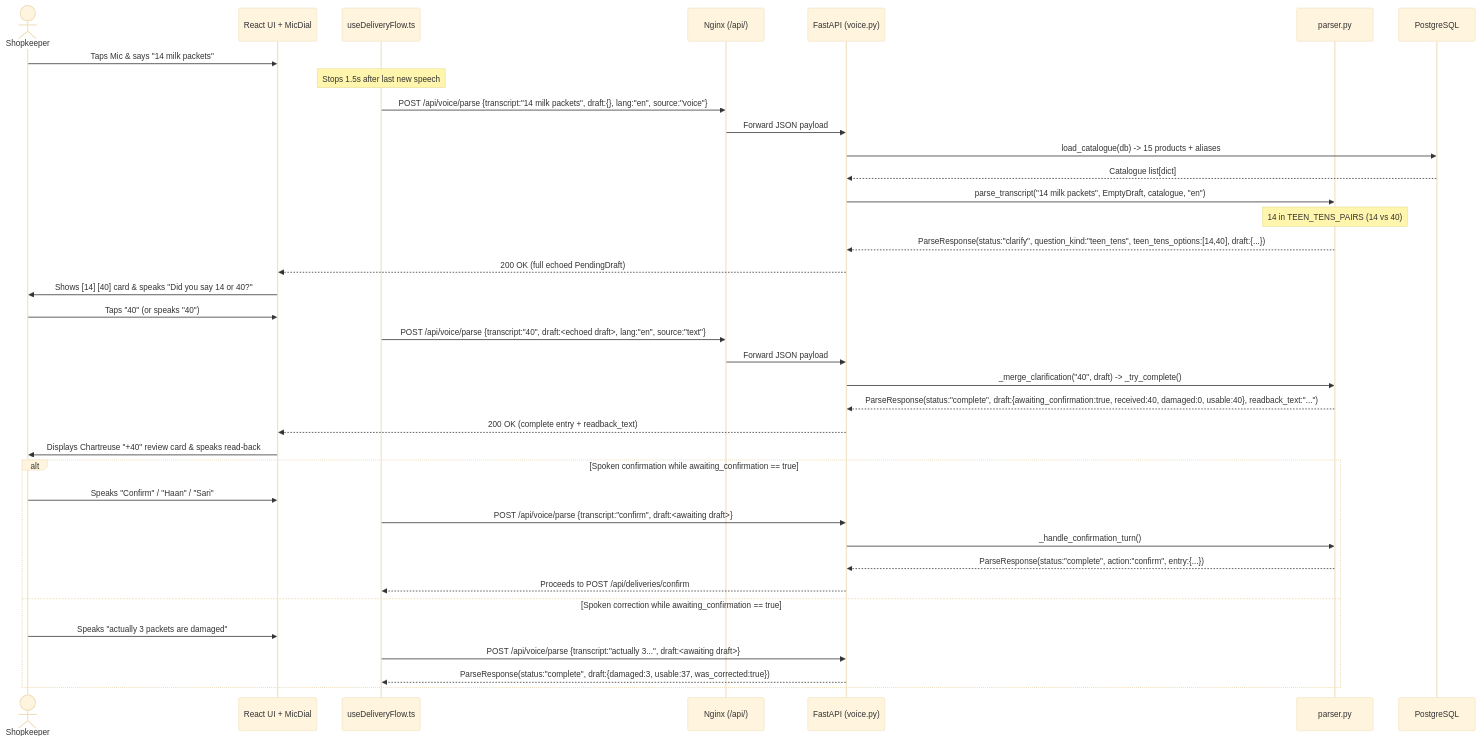
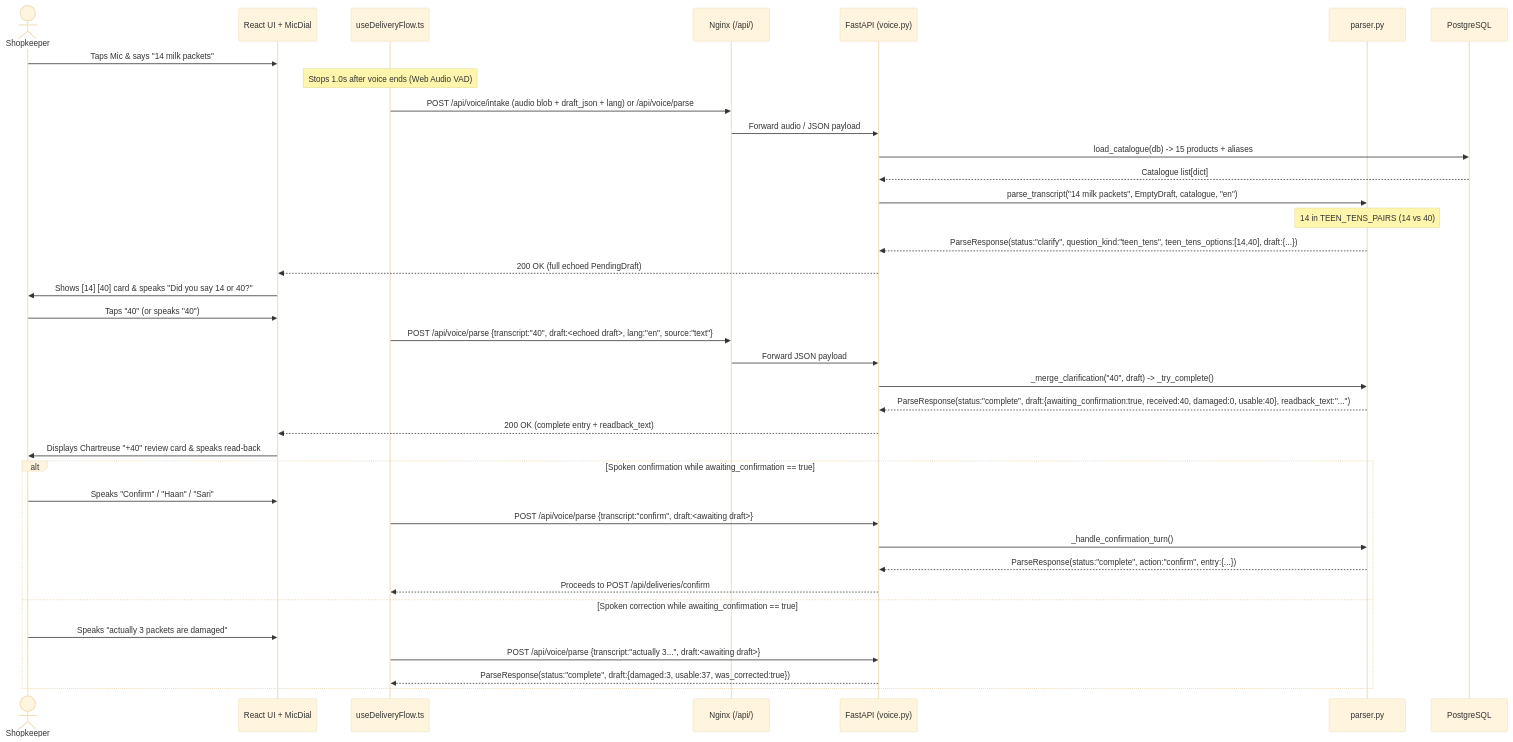
One commit to Ravichandranayakar/kiranaflow changed the first of 2 diagrams in docs/05-sequences.md. Above: the diagram before and after it, drawn with Mermaid (base theme). The commit also changed other lines of this file and 11 other files, not shown here.

````diff
--- a/docs/05-sequences.md
+++ b/docs/05-sequences.md
@@ -7,42 +7,42 @@
 ```mermaid
 sequenceDiagram
     actor S as Shopkeeper
     participant UI as React UI + MicDial
     participant Hook as useDeliveryFlow.ts
     participant Proxy as Nginx (/api/)
     participant API as FastAPI (voice.py)
     participant Parser as parser.py
     participant DB as PostgreSQL
 
     S->>UI: Taps Mic & says "14 milk packets"
-    Note over Hook: Stops 1.5s after last new speech
-    Hook->>Proxy: POST /api/voice/parse {transcript:"14 milk packets", draft:{}, lang:"en", source:"voice"}
-    Proxy->>API: Forward JSON payload
+    Note over Hook: Stops 1.0s after voice ends (Web Audio VAD)
+    Hook->>Proxy: POST /api/voice/intake (audio blob + draft_json + lang) or /api/voice/parse
+    Proxy->>API: Forward audio / JSON payload
     API->>DB: load_catalogue(db) -> 15 products + aliases
     DB-->>API: Catalogue list[dict]
     API->>Parser: parse_transcript("14 milk packets", EmptyDraft, catalogue, "en")
     Note over Parser: 14 in TEEN_TENS_PAIRS (14 vs 40)
     Parser-->>API: ParseResponse(status:"clarify", question_kind:"teen_tens", teen_tens_options:[14,40], draft:{...})
     API-->>UI: 200 OK (full echoed PendingDraft)
     UI->>S: Shows [14] [40] card & speaks "Did you say 14 or 40?"
 
     S->>UI: Taps "40" (or speaks "40")
     Hook->>Proxy: POST /api/voice/parse {transcript:"40", draft:<echoed draft>, lang:"en", source:"text"}
     Proxy->>API: Forward JSON payload
     API->>Parser: _merge_clarification("40", draft) -> _try_complete()
     Parser-->>API: ParseResponse(status:"complete", draft:{awaiting_confirmation:true, received:40, damaged:0, usable:40}, readback_text:"...")
     API-->>UI: 200 OK (complete entry + readback_text)
     UI->>S: Displays Chartreuse "+40" review card & speaks read-back
 
     alt Spoken confirmation while awaiting_confirmation == true
         S->>UI: Speaks "Confirm" / "Haan" / "Sari"
         Hook->>API: POST /api/voice/parse {transcript:"confirm", draft:<awaiting draft>}
         API->>Parser: _handle_confirmation_turn()
         Parser-->>API: ParseResponse(status:"complete", action:"confirm", entry:{...})
         API-->>Hook: Proceeds to POST /api/deliveries/confirm
     else Spoken correction while awaiting_confirmation == true
         S->>UI: Speaks "actually 3 packets are damaged"
         Hook->>API: POST /api/voice/parse {transcript:"actually 3...", draft:<awaiting draft>}
         API-->>Hook: ParseResponse(status:"complete", draft:{damaged:3, usable:37, was_corrected:true})
     end
 ```
````
